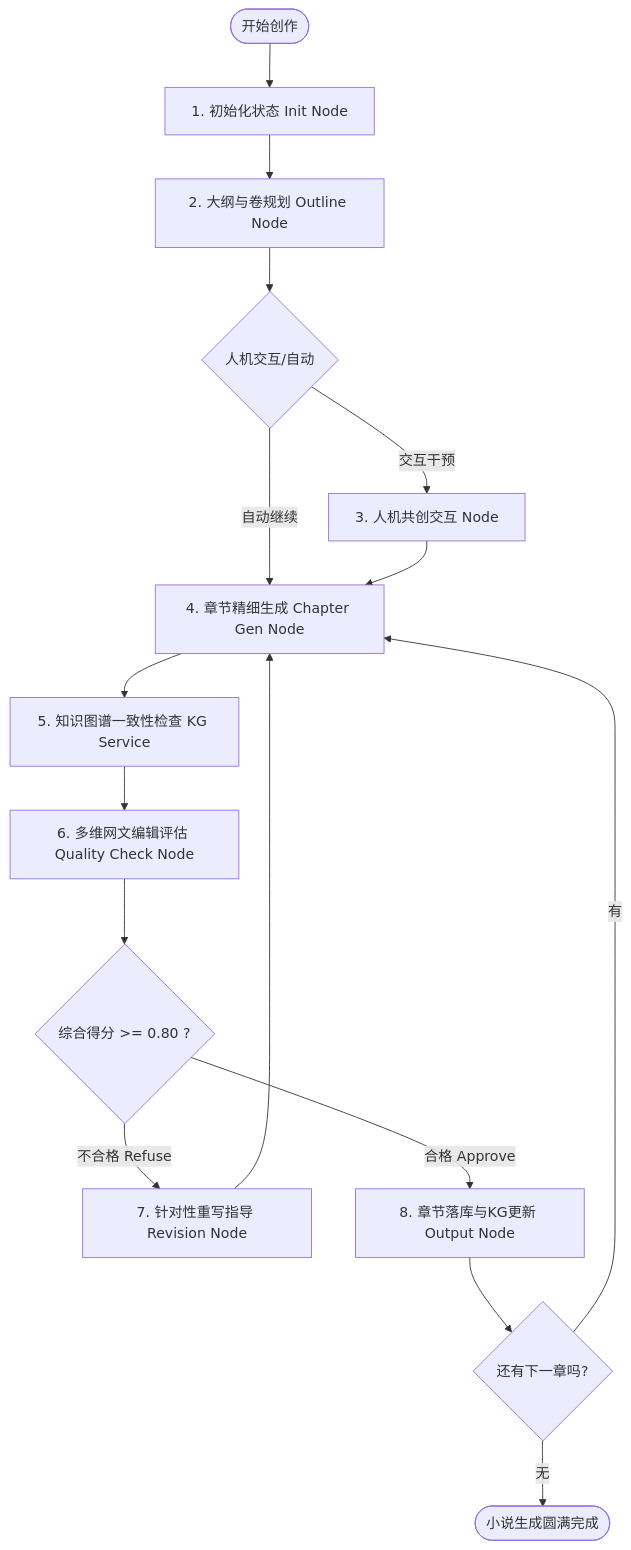
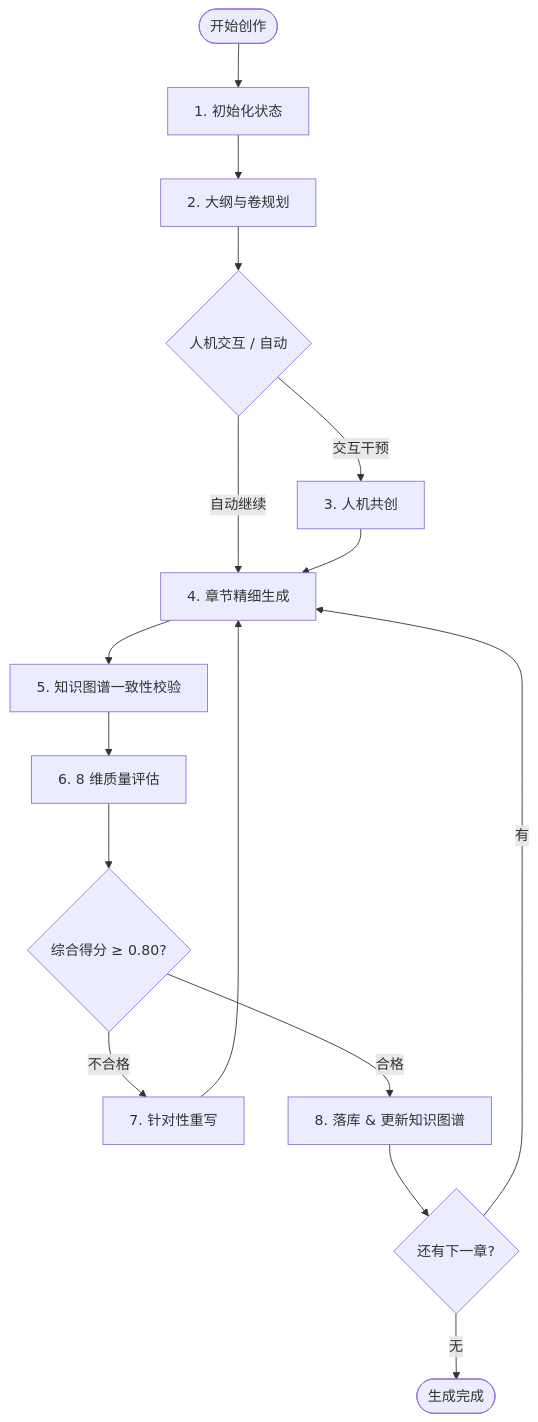
One commit to TonightisOver/xIaoShuo changed the diagram in README.md. Above: the diagram before and after it, drawn with Mermaid. The commit also changed other lines of this file and 21 other files, not shown here.

````diff
--- a/README.md
+++ b/README.md
@@ -35,21 +36,21 @@
 ```mermaid
 graph TD
-    Start([开始创作]) --> Init[1. 初始化状态 Init Node]
-    Init --> Outline[2. 大纲与卷规划 Outline Node]
-    Outline --> CheckGate{人机交互/自动}
-    CheckGate -- 交互干预 --> Interactive[3. 人机共创交互 Node]
-    CheckGate -- 自动继续 --> ChapterGen[4. 章节精细生成 Chapter Gen Node]
+    Start([开始创作]) --> Init[1. 初始化状态]
+    Init --> Outline[2. 大纲与卷规划]
+    Outline --> CheckGate{人机交互 / 自动}
+    CheckGate -- 交互干预 --> Interactive[3. 人机共创]
+    CheckGate -- 自动继续 --> ChapterGen[4. 章节精细生成]
     Interactive --> ChapterGen
-    
-    ChapterGen --> KGCheck[5. 知识图谱一致性检查 KG Service]
-    KGCheck --> QualCheck[6. 多维网文编辑评估 Quality Check Node]
-    
-    QualCheck --> Routing{综合得分 >= 0.80 ?}
-    Routing -- 不合格 Refuse --> Revision[7. 针对性重写指导 Revision Node]
+
+    ChapterGen --> KGCheck[5. 知识图谱一致性校验]
+    KGCheck --> QualCheck[6. 8 维质量评估]
+
+    QualCheck --> Routing{综合得分 ≥ 0.80?}
+    Routing -- 不合格 --> Revision[7. 针对性重写]
     Revision --> ChapterGen
-    Routing -- 合格 Approve --> Output[8. 章节落库与KG更新 Output Node]
-    
-    Output --> CheckMore{还有下一章吗?}
+    Routing -- 合格 --> Output[8. 落库 & 更新知识图谱]
+
+    Output --> CheckMore{还有下一章?}
     CheckMore -- 有 --> ChapterGen
-    CheckMore -- 无 --> Complete([小说生成圆满完成])
+    CheckMore -- 无 --> Complete([生成完成])
 ```
````
